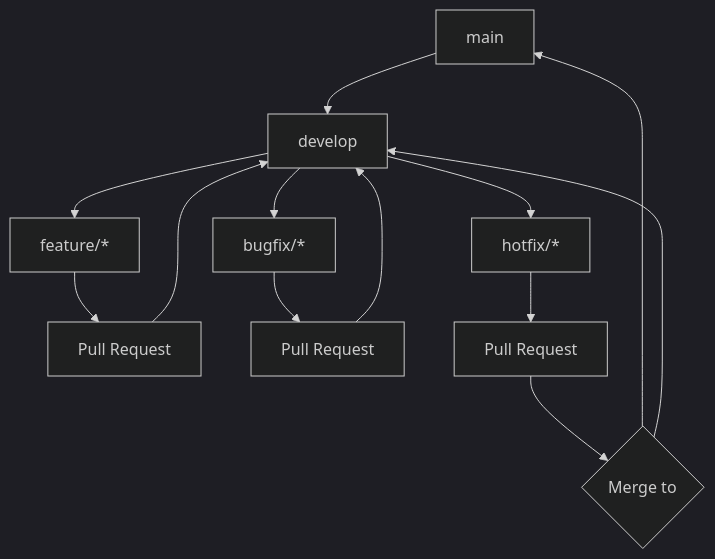
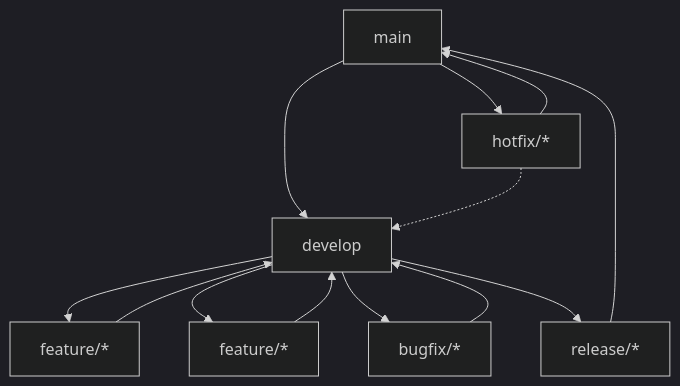
One commit to Jacques-Murray/sonarr-mcp-server changed the first of 3 diagrams in BRANCH_MANAGEMENT.md. Above: the diagram before and after it, drawn with Mermaid (dark theme). The commit also changed other lines of this file, not shown here.

````diff
--- a/BRANCH_MANAGEMENT.md
+++ b/BRANCH_MANAGEMENT.md
@@ -9,15 +19,15 @@
 ```mermaid
-graph TB
+graph TD
     main[main] --> develop[develop]
     develop --> feature1[feature/*]
-    develop --> feature2[bugfix/*]
-    develop --> feature3[hotfix/*]
-    feature1 --> PR1[Pull Request]
-    feature2 --> PR2[Pull Request]
-    feature3 --> PR3[Pull Request]
-    PR1 --> develop
-    PR2 --> develop
-    PR3 --> both{Merge to}
-    both --> main
-    both --> develop
+    develop --> feature2[feature/*]
+    develop --> bugfix[bugfix/*]
+    main --> hotfix[hotfix/*]
+    feature1 --> develop
+    feature2 --> develop
+    bugfix --> develop
+    hotfix --> main
+    hotfix -.-> develop
+    develop --> release[release/*]
+    release --> main
 ```
````
